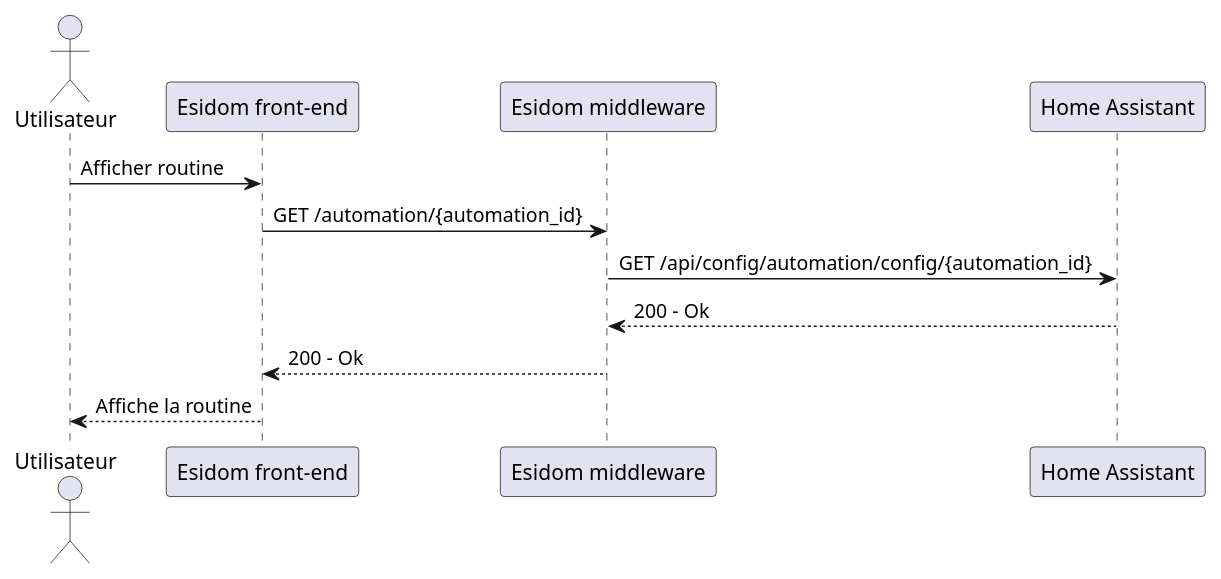
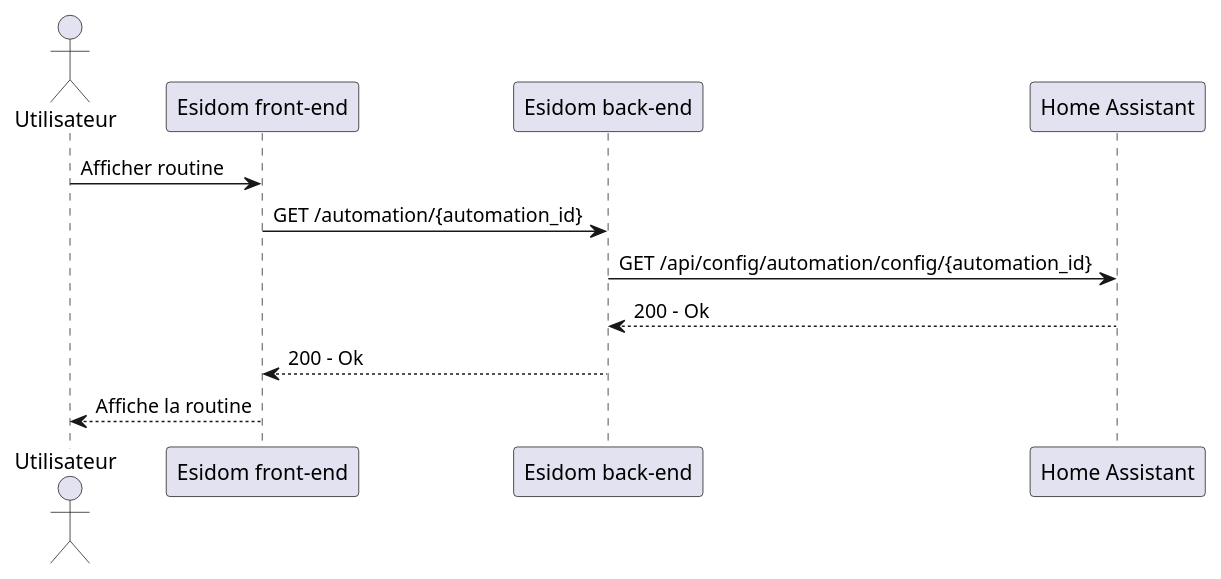
The diagram in cdct/diagramme_de_sequence/plantuml/afficher_routine.puml (SKAVALT-io/esidom_doc), drawn with PlantUML before and after one commit. The commit also changed 31 other files, not shown here.

Commit message:
docs(cdct): changed middleware to back-end

```diff
--- a/cdct/diagramme_de_sequence/plantuml/afficher_routine.puml
+++ b/cdct/diagramme_de_sequence/plantuml/afficher_routine.puml
@@ -1,15 +1,15 @@
 @startuml afficher routine
 
 actor "Utilisateur" as u
 participant "Esidom front-end" as fe
-participant "Esidom middleware" as m
+participant "Esidom back-end" as m
 participant "Home Assistant" as ha
 
 u -> fe: Afficher routine
 fe -> m: GET /automation/{automation_id}
 m -> ha: GET /api/config/automation/config/{automation_id}
 ha --> m: 200 - Ok
 m --> fe: 200 - Ok
 fe --> u: Affiche la routine
 
 @enduml
```
